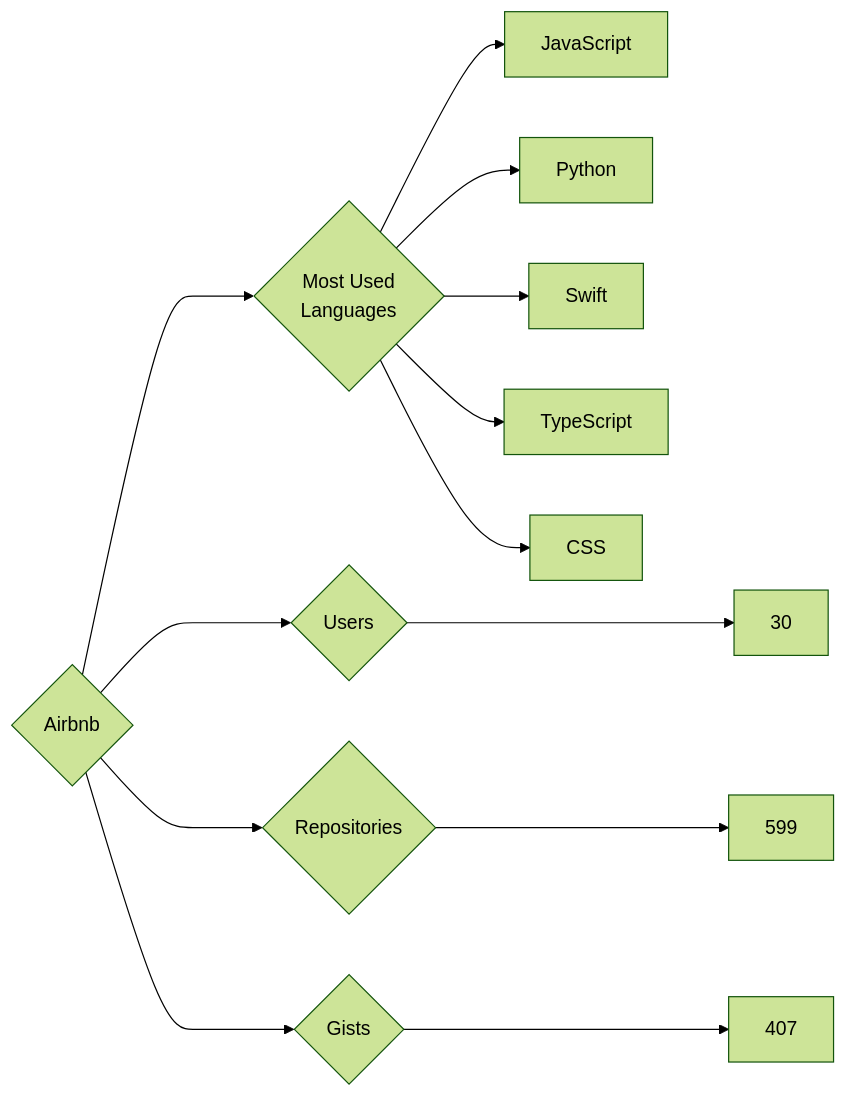
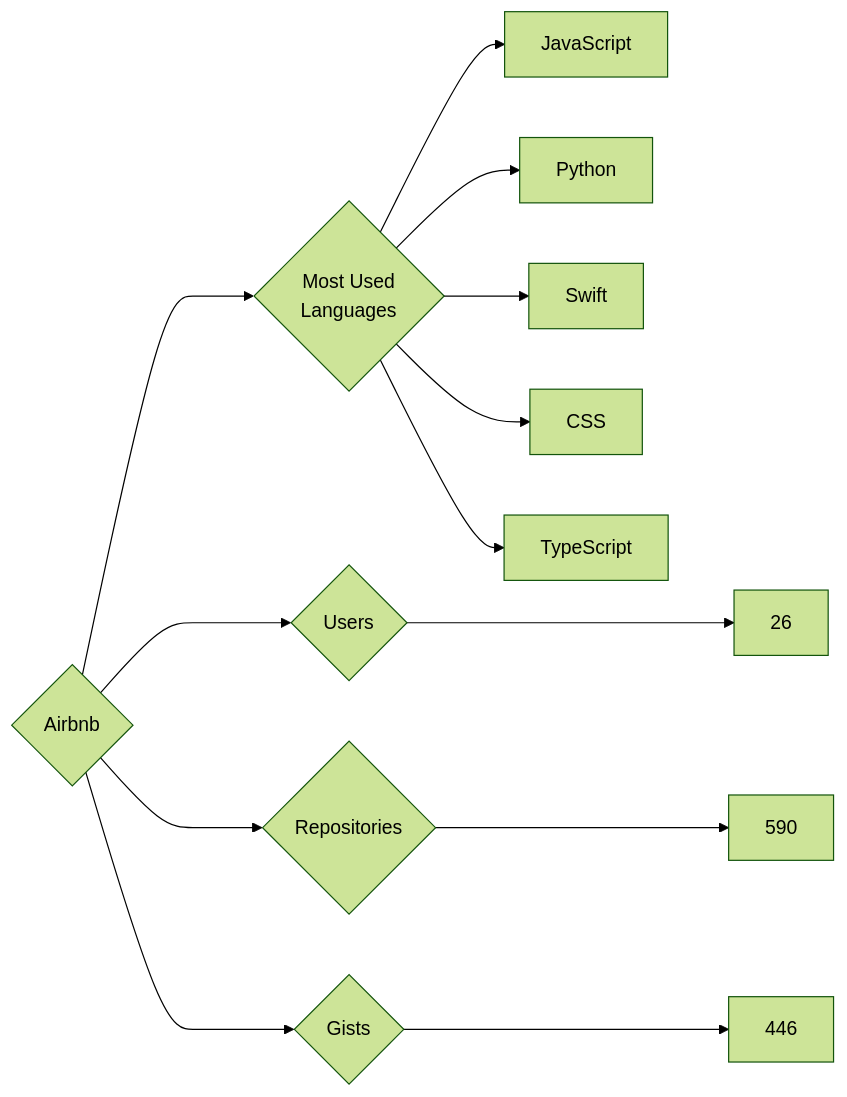
Before and after one commit to trickest/insiders: the diagram in targets/Airbnb/README.md, drawn with Mermaid (forest theme). The commit also changed 895 other files, not shown here.

````diff
--- a/targets/Airbnb/README.md
+++ b/targets/Airbnb/README.md
@@ -3,13 +3,13 @@
 ```mermaid
 graph LR
 COMPANY_NAME{Airbnb}
-COMPANY_NAME ---> U{Users} ---> UN[30]
-COMPANY_NAME ---> R{Repositories} ---> RN[599]
-COMPANY_NAME ---> G{Gists} ---> GN[407]
+COMPANY_NAME ---> U{Users} ---> UN[26]
+COMPANY_NAME ---> R{Repositories} ---> RN[590]
+COMPANY_NAME ---> G{Gists} ---> GN[446]
 COMPANY_NAME ---> ML{Most Used<br>Languages}
 ML --> JavaScript[JavaScript]
 ML --> Python[Python]
 ML --> Swift[Swift]
+ML --> CSS[CSS]
 ML --> TypeScript[TypeScript]
-ML --> CSS[CSS]
 ```
````
